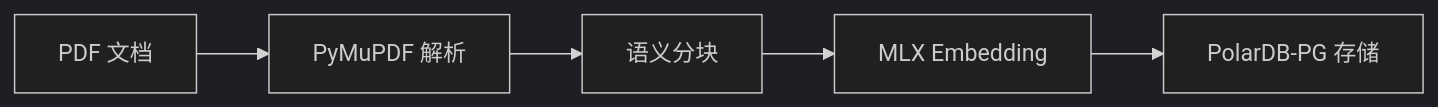
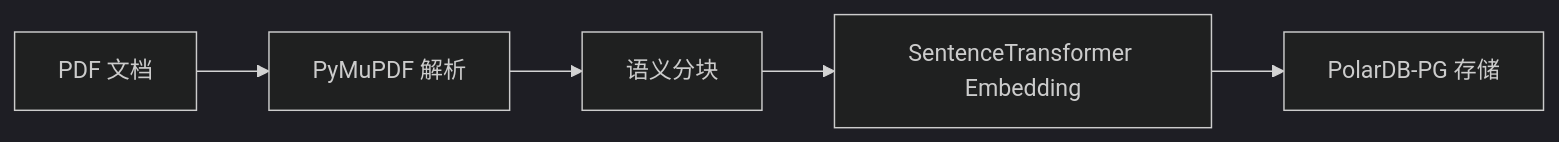
One commit to lwliang-666/BYD-RAG-ChatBot changed the first of 4 diagrams in PROJECT_PLAN.md. Above: the diagram before and after it, drawn with Mermaid (dark theme). The commit also changed other lines of this file and 5 other files, not shown here.

````diff
--- a/PROJECT_PLAN.md
+++ b/PROJECT_PLAN.md
@@ -215,7 +214,7 @@
 ```mermaid
 flowchart LR
     A[PDF 文档] --> B[PyMuPDF 解析]
     B --> C[语义分块]
-    C --> D[MLX Embedding]
+    C --> D[SentenceTransformer Embedding]
     D --> E[PolarDB-PG 存储]
 ```
````
